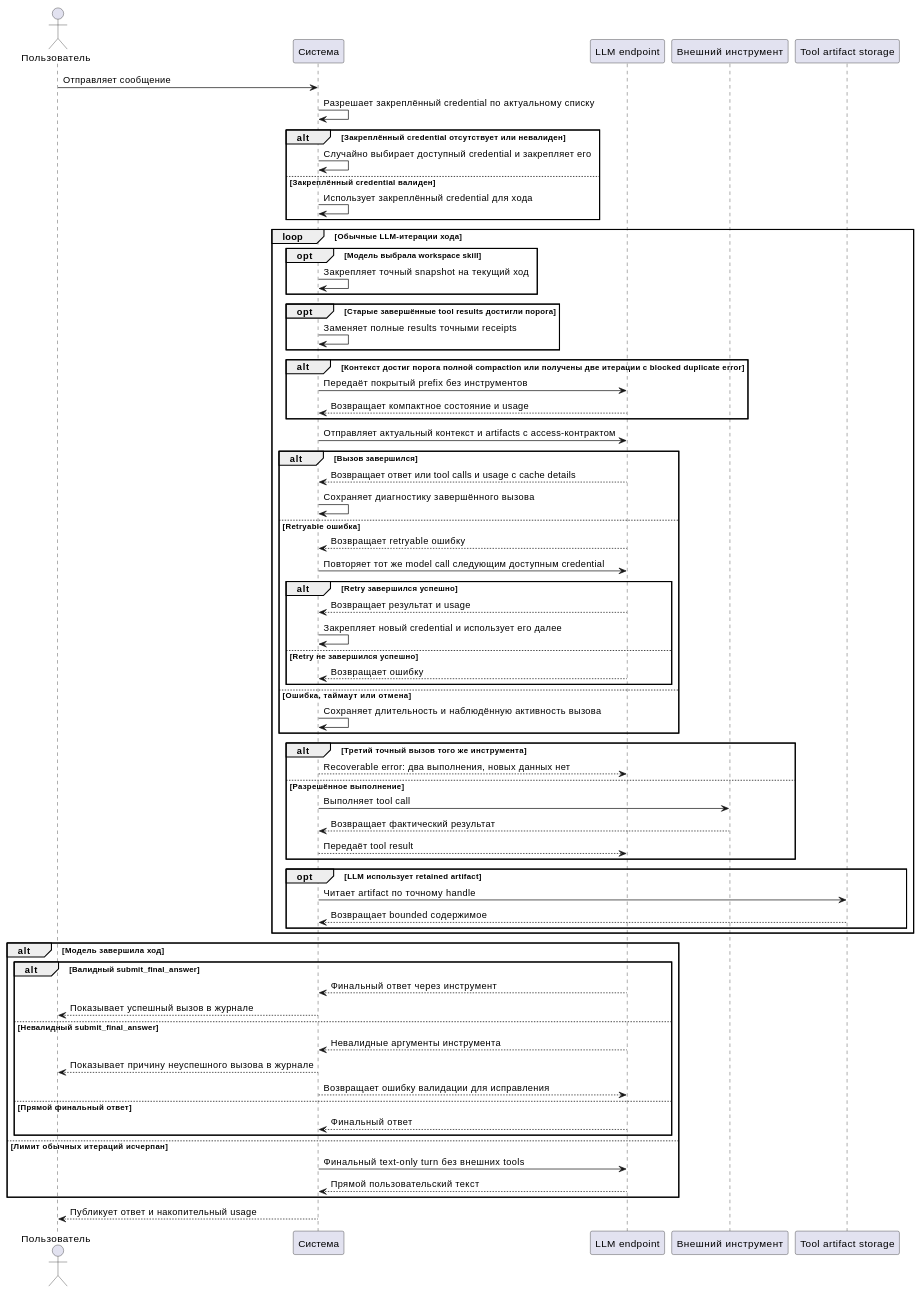
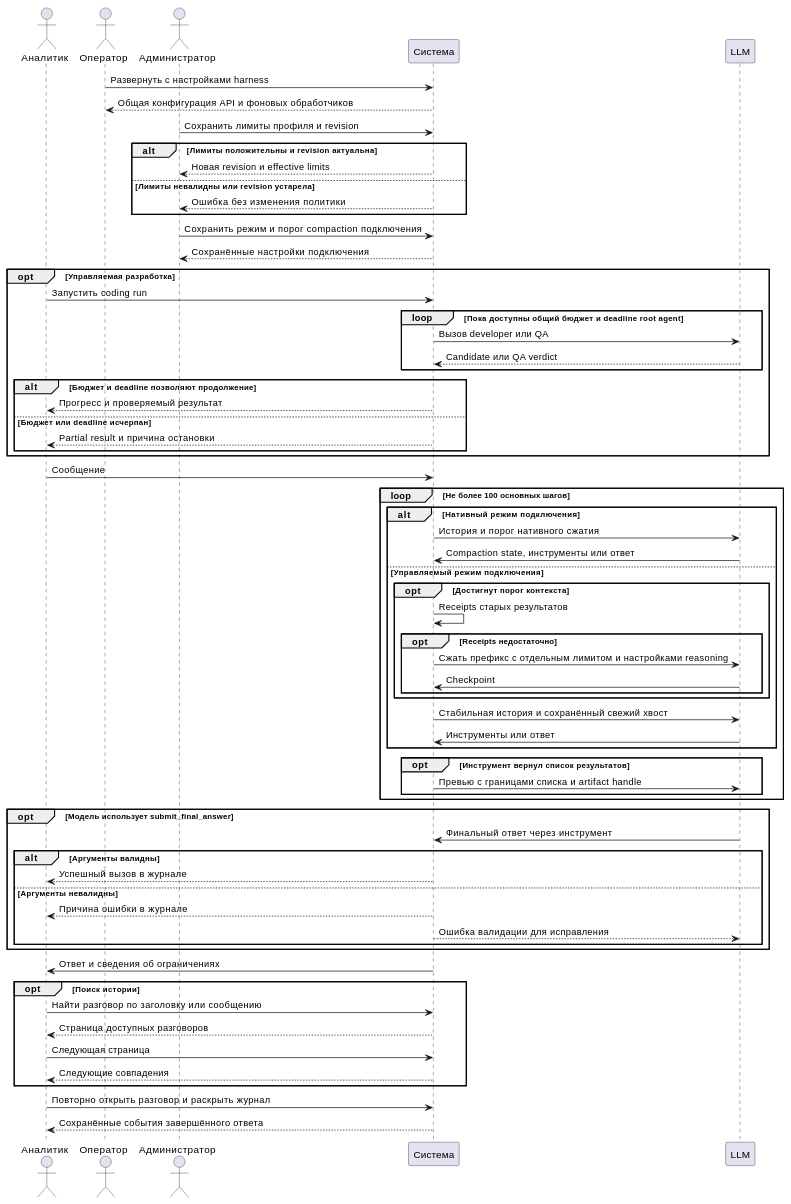
One commit to Adelphopoet/rhetorica changed the diagram in openspec/specs/requirements/functional/fr-rh-005/spec.md. Above: the diagram before and after it, drawn with PlantUML. The commit also changed other lines of this file and 488 other files, not shown here.

````diff
--- a/openspec/specs/requirements/functional/fr-rh-005/spec.md
+++ b/openspec/specs/requirements/functional/fr-rh-005/spec.md
@@ -82,73 +60,69 @@
 ```plantuml
 @startuml
-actor Пользователь
+actor Аналитик
+actor Оператор
+actor Администратор
 participant Система
-participant "LLM endpoint" as LLM
-participant "Внешний инструмент" as Tool
-participant "Tool artifact storage" as Artifacts
-
-Пользователь -> Система: Отправляет сообщение
-Система -> Система: Разрешает закреплённый credential по актуальному списку
-alt Закреплённый credential отсутствует или невалиден
-  Система -> Система: Случайно выбирает доступный credential и закрепляет его
-else Закреплённый credential валиден
-  Система -> Система: Использует закреплённый credential для хода
+participant LLM
+Оператор -> Система: Развернуть с настройками harness
+Система --> Оператор: Общая конфигурация API и фоновых обработчиков
+Администратор -> Система: Сохранить лимиты профиля и revision
+alt Лимиты положительны и revision актуальна
+  Система --> Администратор: Новая revision и effective limits
+else Лимиты невалидны или revision устарела
+  Система --> Администратор: Ошибка без изменения политики
 end
-loop Обычные LLM-итерации хода
-  opt Модель выбрала workspace skill
-    Система -> Система: Закрепляет точный snapshot на текущий ход
+Администратор -> Система: Сохранить режим и порог compaction подключения
+Система --> Администратор: Сохранённые настройки подключения
+opt Управляемая разработка
+  Аналитик -> Система: Запустить coding run
+  loop Пока доступны общий бюджет и deadline root agent
+    Система -> LLM: Вызов developer или QA
+    LLM --> Система: Candidate или QA verdict
   end
-  opt Старые завершённые tool results достигли порога
-    Система -> Система: Заменяет полные results точными receipts
-  end
-  alt Контекст достиг порога полной compaction или получены две итерации с blocked duplicate error
-    Система -> LLM: Передаёт покрытый prefix без инструментов
-    LLM --> Система: Возвращает компактное состояние и usage
-  end
-  Система -> LLM: Отправляет актуальный контекст и artifacts с access-контрактом
-  alt Вызов завершился
-    LLM --> Система: Возвращает ответ или tool calls и usage с cache details
-    Система -> Система: Сохраняет диагностику завершённого вызова
-  else Retryable ошибка
-    LLM --> Система: Возвращает retryable ошибку
-    Система -> LLM: Повторяет тот же model call следующим доступным credential
-    alt Retry завершился успешно
-      LLM --> Система: Возвращает результат и usage
-      Система -> Система: Закрепляет новый credential и использует его далее
-    else Retry не завершился успешно
-      LLM --> Система: Возвращает ошибку
-    end
-  else Ошибка, таймаут или отмена
-    Система -> Система: Сохраняет длительность и наблюдённую активность вызова
-  end
-  alt Третий точный вызов того же инструмента
-    Система --> LLM: Recoverable error: два выполнения, новых данных нет
-  else Разрешённое выполнение
-    Система -> Tool: Выполняет tool call
-    Tool --> Система: Возвращает фактический результат
-    Система --> LLM: Передаёт tool result
-  end
-  opt LLM использует retained artifact
-    Система -> Artifacts: Читает artifact по точному handle
-    Artifacts --> Система: Возвращает bounded содержимое
+  alt Бюджет и deadline позволяют продолжение
+    Система --> Аналитик: Прогресс и проверяемый результат
+  else Бюджет или deadline исчерпан
+    Система --> Аналитик: Partial result и причина остановки
   end
 end
-
-alt Модель завершила ход
-  alt Валидный submit_final_answer
-    LLM --> Система: Финальный ответ через инструмент
-    Система --> Пользователь: Показывает успешный вызов в журнале
-  else Невалидный submit_final_answer
-    LLM --> Система: Невалидные аргументы инструмента
-    Система --> Пользователь: Показывает причину неуспешного вызова в журнале
-    Система --> LLM: Возвращает ошибку валидации для исправления
-  else Прямой финальный ответ
-    LLM --> Система: Финальный ответ
+Аналитик -> Система: Сообщение
+loop Не более 100 основных шагов
+  alt Нативный режим подключения
+    Система -> LLM: История и порог нативного сжатия
+    LLM -> Система: Compaction state, инструменты или ответ
+  else Управляемый режим подключения
+    opt Достигнут порог контекста
+      Система -> Система: Receipts старых результатов
+      opt Receipts недостаточно
+        Система -> LLM: Сжать префикс с отдельным лимитом и настройками reasoning
+        LLM -> Система: Checkpoint
+      end
+    end
+    Система -> LLM: Стабильная история и сохранённый свежий хвост
+    LLM -> Система: Инструменты или ответ
   end
-else Лимит обычных итераций исчерпан
-  Система -> LLM: Финальный text-only turn без внешних tools
-  LLM --> Система: Прямой пользовательский текст
+  opt Инструмент вернул список результатов
+    Система -> LLM: Превью с границами списка и artifact handle
+  end
 end
-Система --> Пользователь: Публикует ответ и накопительный usage
+opt Модель использует submit_final_answer
+  LLM -> Система: Финальный ответ через инструмент
+  alt Аргументы валидны
+    Система --> Аналитик: Успешный вызов в журнале
+  else Аргументы невалидны
+    Система --> Аналитик: Причина ошибки в журнале
+    Система --> LLM: Ошибка валидации для исправления
+  end
+end
+Система -> Аналитик: Ответ и сведения об ограничениях
+opt Поиск истории
+  Аналитик -> Система: Найти разговор по заголовку или сообщению
+  Система --> Аналитик: Страница доступных разговоров
+  Аналитик -> Система: Следующая страница
+  Система --> Аналитик: Следующие совпадения
+end
+Аналитик -> Система: Повторно открыть разговор и раскрыть журнал
+Система --> Аналитик: Сохранённые события завершённого ответа
 @enduml
 ```
````
